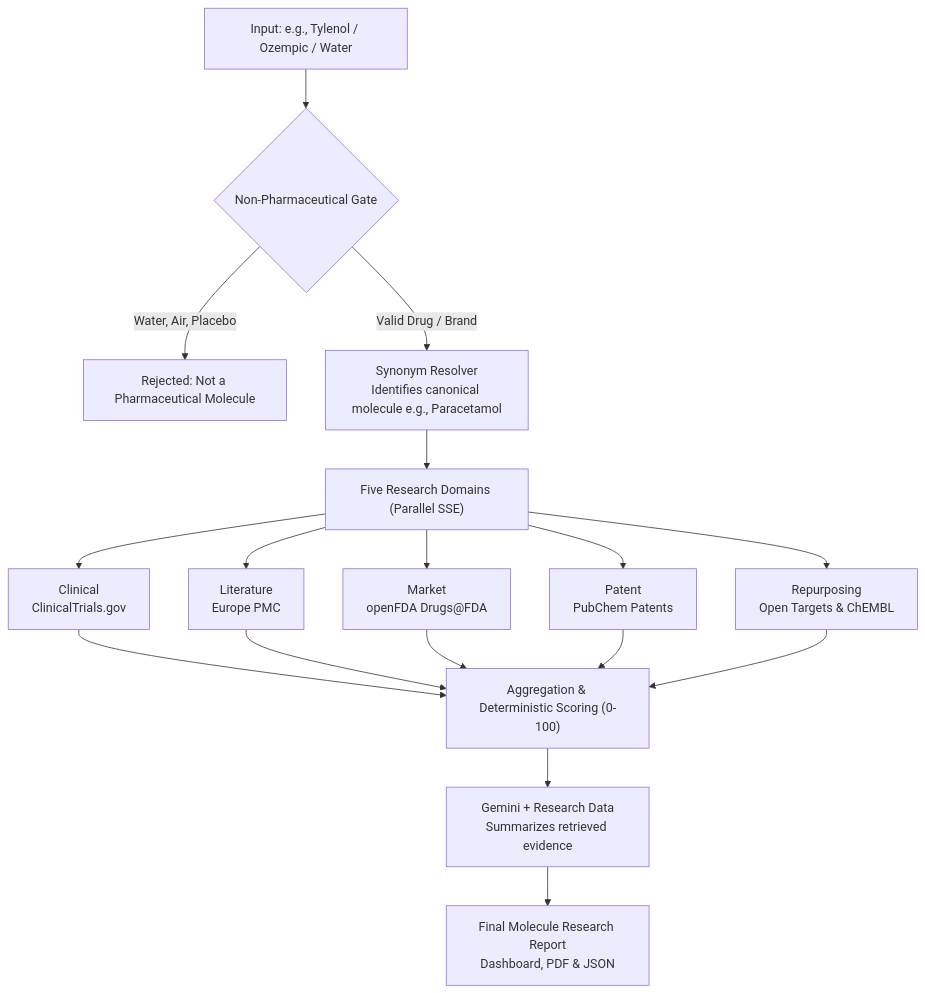
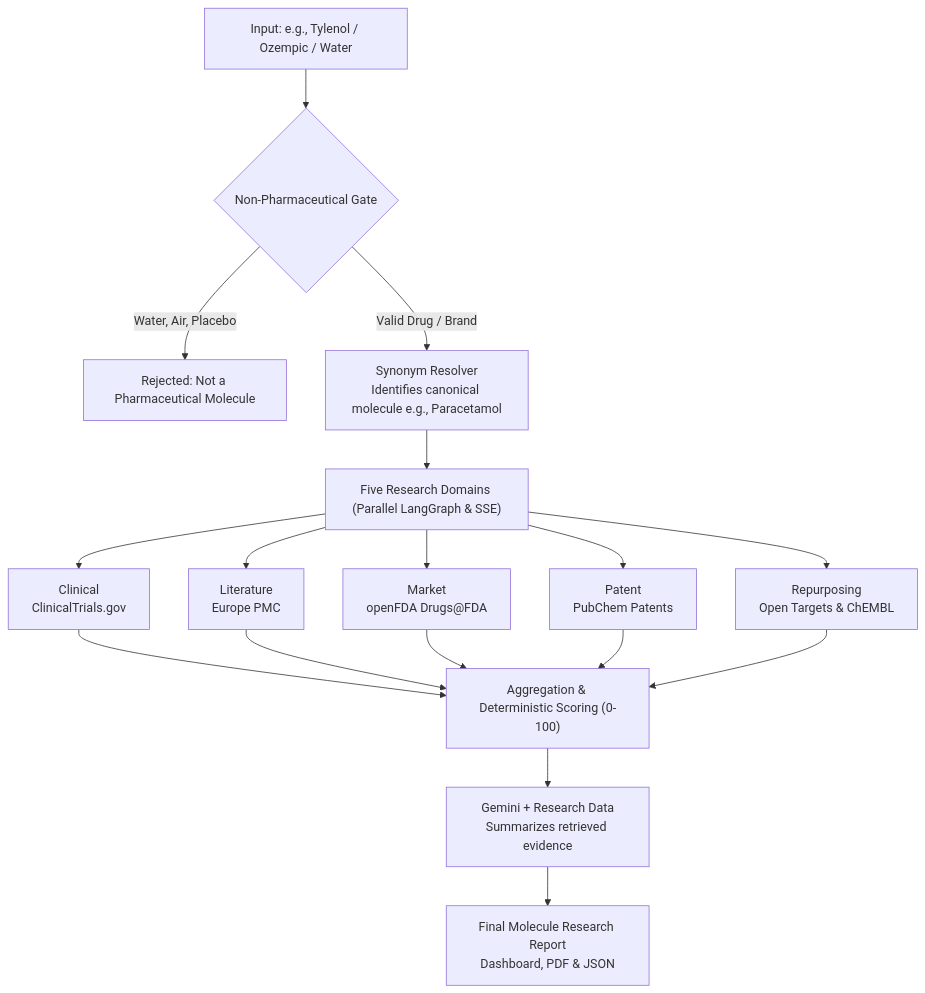
The first of 4 diagrams in README.md (priyanshuraj20/MoleculeIq), drawn with Mermaid before and after one commit. The commit also changed other lines of this file, not shown here.

Commit message:
docs: mention openFDA and parallel LangGraph in README flowchart

````diff
--- a/README.md
+++ b/README.md
@@ -43,19 +43,19 @@
 ```mermaid
 flowchart TD
     A["Input: e.g., Tylenol / Ozempic / Water"] --> B{"Non-Pharmaceutical Gate"}
     B -->|"Water, Air, Placebo"| C["Rejected: Not a Pharmaceutical Molecule"]
     B -->|"Valid Drug / Brand"| D["Synonym Resolver<br/>Identifies canonical molecule e.g., Paracetamol"]
-    D --> E["Five Research Domains (Parallel SSE)"]
+    D --> E["Five Research Domains (Parallel LangGraph & SSE)"]
     E --> F["Clinical<br/>ClinicalTrials.gov"]
     E --> G["Literature<br/>Europe PMC"]
     E --> H["Market<br/>openFDA Drugs@FDA"]
     E --> I["Patent<br/>PubChem Patents"]
     E --> J["Repurposing<br/>Open Targets & ChEMBL"]
     F --> K["Aggregation & Deterministic Scoring (0-100)"]
     G --> K
     H --> K
     I --> K
     J --> K
     K --> L["Gemini + Research Data<br/>Summarizes retrieved evidence"]
     L --> M["Final Molecule Research Report<br/>Dashboard, PDF & JSON"]
 ```
````
